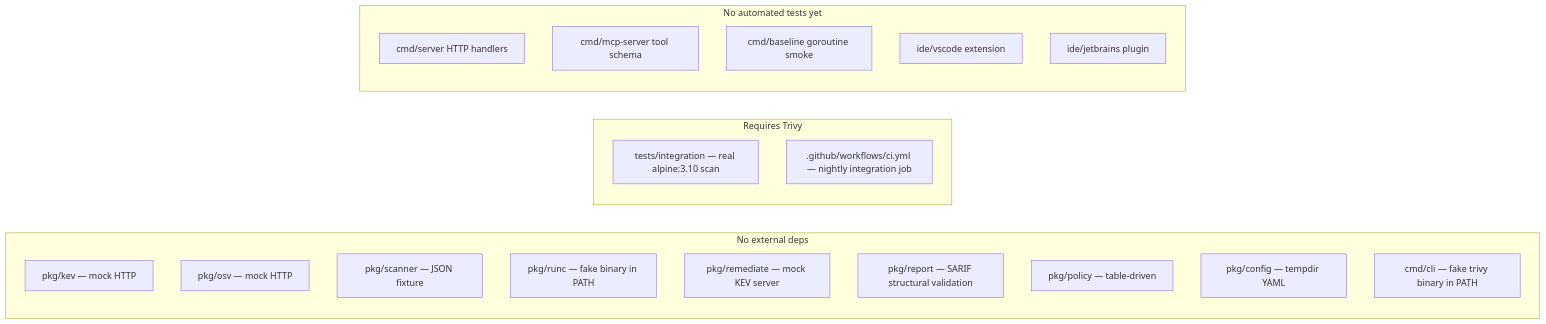
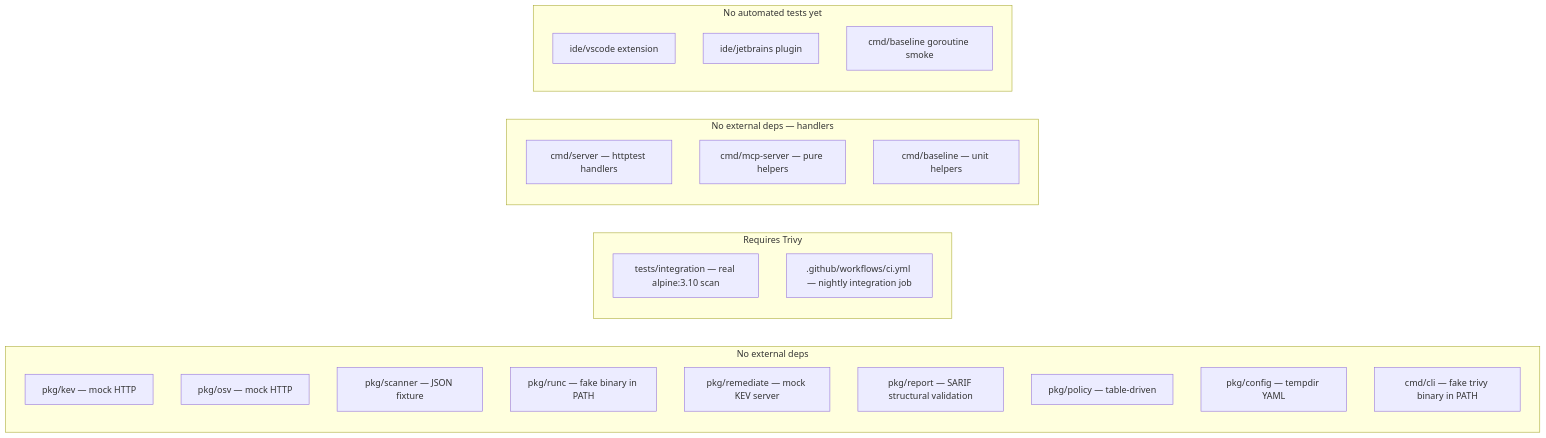
One commit to beejak/docker-scanner changed the sixth of 6 diagrams in docs/architecture-diagrams.md. Above: the diagram before and after it, drawn with Mermaid. The commit also changed 7 other files, not shown here.

````diff
--- a/docs/architecture-diagrams.md
+++ b/docs/architecture-diagrams.md
@@ -241,27 +241,31 @@
 ```mermaid
 flowchart LR
   subgraph tested_no_deps [No external deps]
     U1[pkg/kev — mock HTTP]
     U2[pkg/osv — mock HTTP]
     U3[pkg/scanner — JSON fixture]
     U4[pkg/runc — fake binary in PATH]
     U5[pkg/remediate — mock KEV server]
     U6[pkg/report — SARIF structural validation]
     U7[pkg/policy — table-driven]
     U8[pkg/config — tempdir YAML]
     U9[cmd/cli — fake trivy binary in PATH]
   end
 
   subgraph tested_trivy [Requires Trivy]
     I1[tests/integration — real alpine:3.10 scan]
     I2[.github/workflows/ci.yml — nightly integration job]
   end
 
+  subgraph tested_no_deps2 [No external deps — handlers]
+    U10[cmd/server — httptest handlers]
+    U11[cmd/mcp-server — pure helpers]
+    U12[cmd/baseline — unit helpers]
+  end
+
   subgraph not_yet [No automated tests yet]
-    N1[cmd/server HTTP handlers]
-    N2[cmd/mcp-server tool schema]
+    N1[ide/vscode extension]
+    N2[ide/jetbrains plugin]
     N3[cmd/baseline goroutine smoke]
-    N4[ide/vscode extension]
-    N5[ide/jetbrains plugin]
   end
 ```
````
